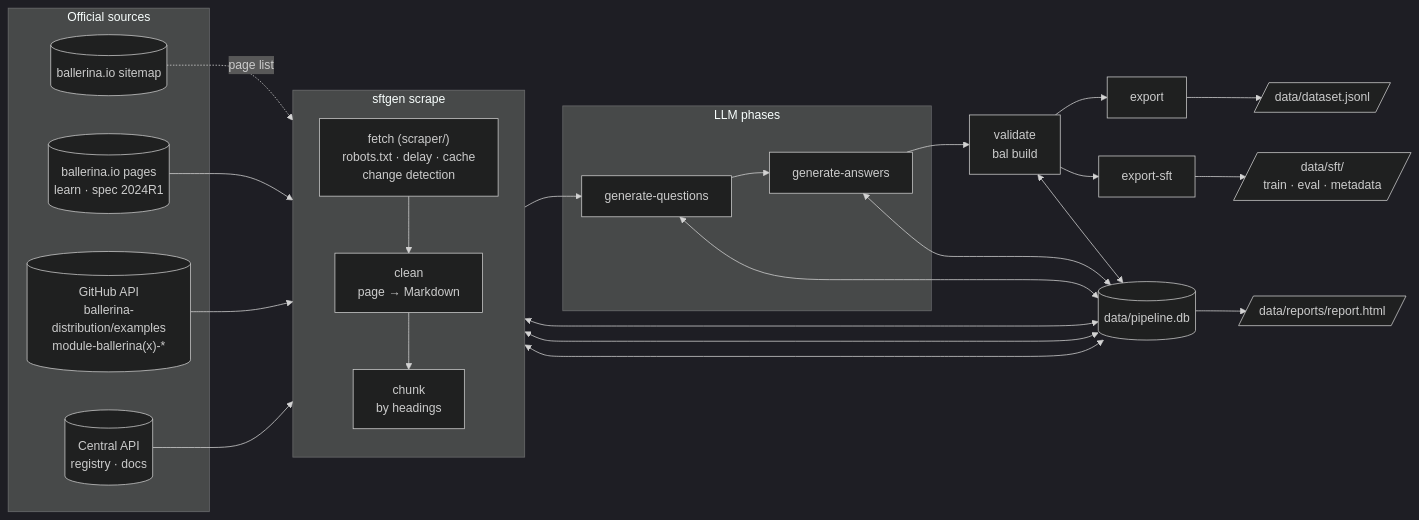
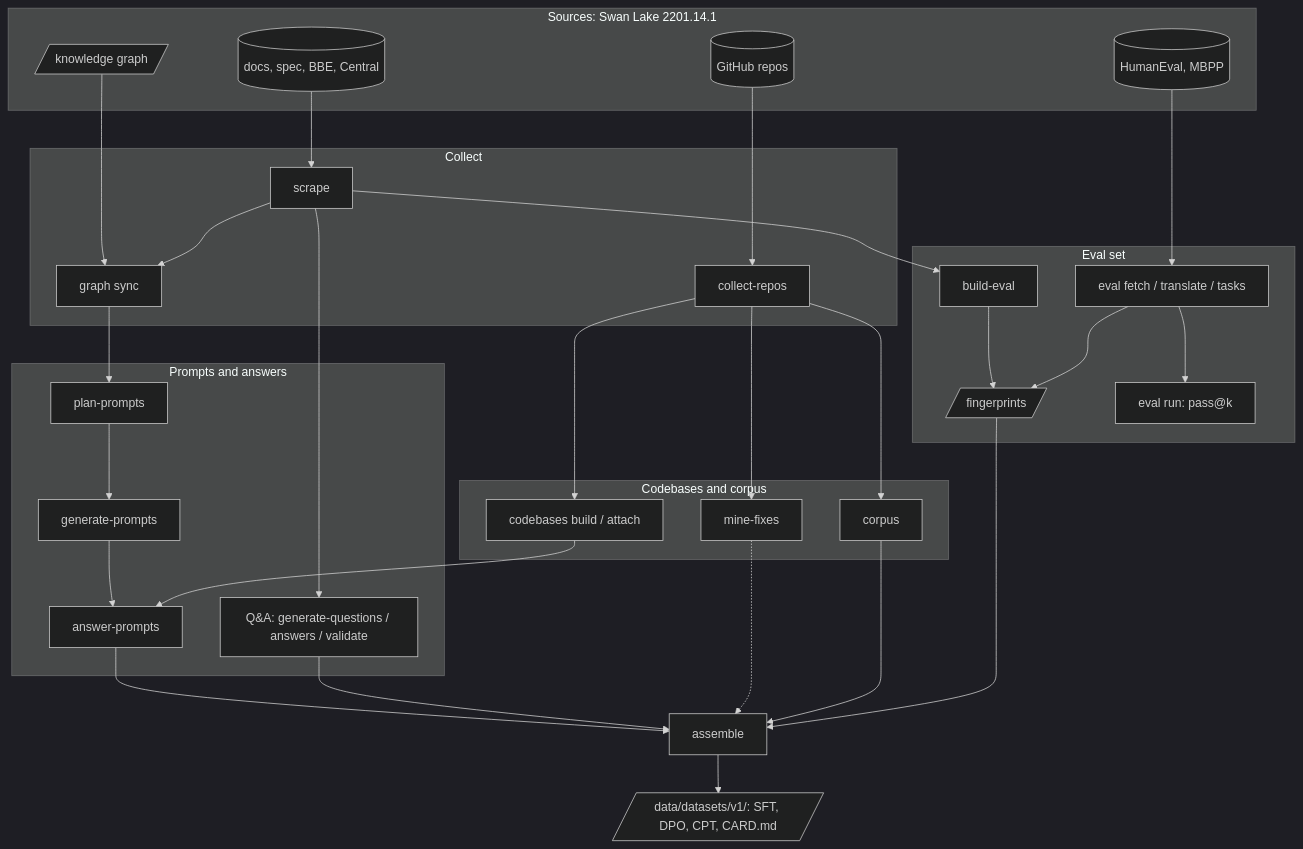
The first of 4 diagrams in ARCHITECTURE.md (sajith-jeewantha/ballerina-sft-dataset-pipeline), drawn with Mermaid (dark theme) before and after one commit. The commit also changed other lines of this file and 15 other files, not shown here.

````diff
--- a/ARCHITECTURE.md
+++ b/ARCHITECTURE.md
@@ -32,34 +35,50 @@
 ```mermaid
-flowchart LR
-    subgraph SRC["Official sources"]
-        SM[("ballerina.io sitemap")]
-        IO[("ballerina.io pages<br/>learn · spec 2024R1")]
-        GH[("GitHub API<br/>ballerina-distribution/examples<br/>module-ballerina(x)-*")]
-        CEN[("Central API<br/>registry · docs")]
+flowchart TB
+    subgraph SRC["Sources: Swan Lake 2201.14.1"]
+        DOCS[("docs, spec, BBE, Central")]
+        REPOS[("GitHub repos")]
+        KG[/"knowledge graph"/]
+        BENCH[("HumanEval, MBPP")]
     end
-
-    subgraph SCRAPE["sftgen scrape"]
-        direction TB
-        F["fetch (scraper/)<br/>robots.txt · delay · cache<br/>change detection"]
-        CL["clean<br/>page → Markdown"]
-        CH["chunk<br/>by headings"]
-        F --> CL --> CH
+    subgraph COLLECT["Collect"]
+        SC["scrape"]
+        CR["collect-repos"]
+        GS["graph sync"]
     end
-
-    subgraph GEN["LLM phases"]
-        GQ[generate-questions]
-        GA[generate-answers]
-        GQ --> GA
+    subgraph EVAL["Eval set"]
+        BE["build-eval"]
+        EV["eval fetch / translate / tasks"]
+        FP[/"fingerprints"/]
+        RUN["eval run: pass@k"]
     end
-
-    SM -. page list .-> F
-    IO & GH & CEN --> F
-    CH --> GQ
-    GA --> VA["validate<br/>bal build"] --> EX[export] & ES[export-sft]
-    EX --> OUT[/"data/dataset.jsonl"/]
-    ES --> SFT[/"data/sft/<br/>train · eval · metadata"/]
-
-    DB[("data/pipeline.db")]
-    F & CL & CH & GQ & GA & VA <--> DB
-    DB --> RP[/"data/reports/report.html"/]
+    subgraph CODE["Codebases and corpus"]
+        CB["codebases build / attach"]
+        CO["corpus"]
+        MF["mine-fixes"]
+    end
+    subgraph GEN["Prompts and answers"]
+        PP["plan-prompts"] --> GP["generate-prompts"] --> AP["answer-prompts"]
+        QA["Q&A: generate-questions / answers / validate"]
+    end
+    DOCS --> SC
+    REPOS --> CR
+    KG --> GS
+    SC --> GS
+    SC --> BE
+    SC --> QA
+    BENCH --> EV
+    BE --> FP
+    EV --> FP
+    EV --> RUN
+    CR --> CB
+    CR --> CO
+    CR --> MF
+    GS --> PP
+    CB --> AP
+    AP --> AS["assemble"]
+    QA --> AS
+    MF -.-> AS
+    CO --> AS
+    FP --> AS
+    AS --> OUT[/"data/datasets/v1/: SFT, DPO, CPT, CARD.md"/]
 ```
````
